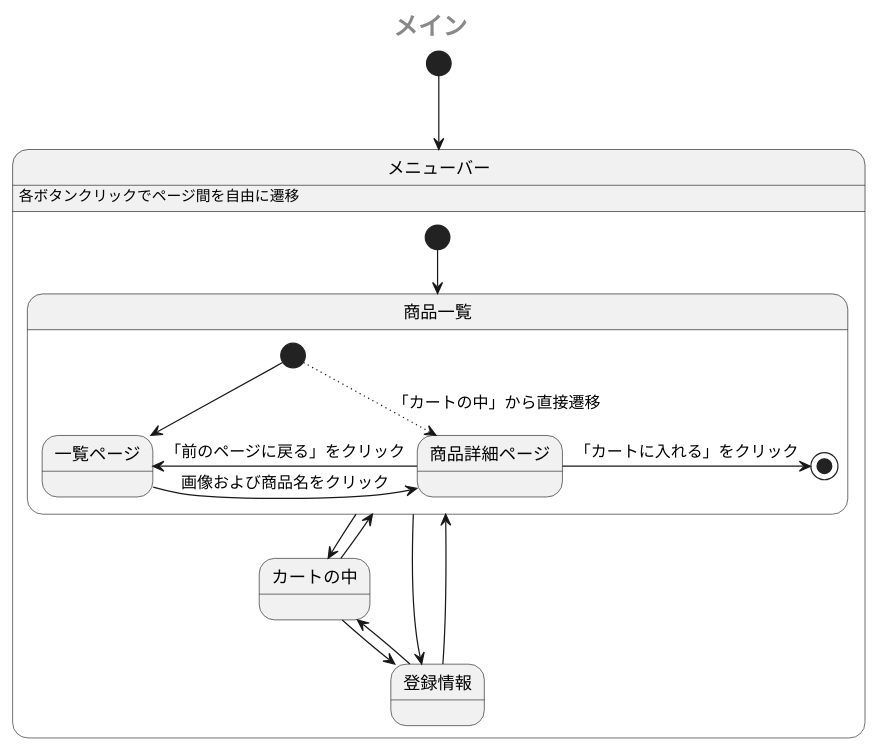
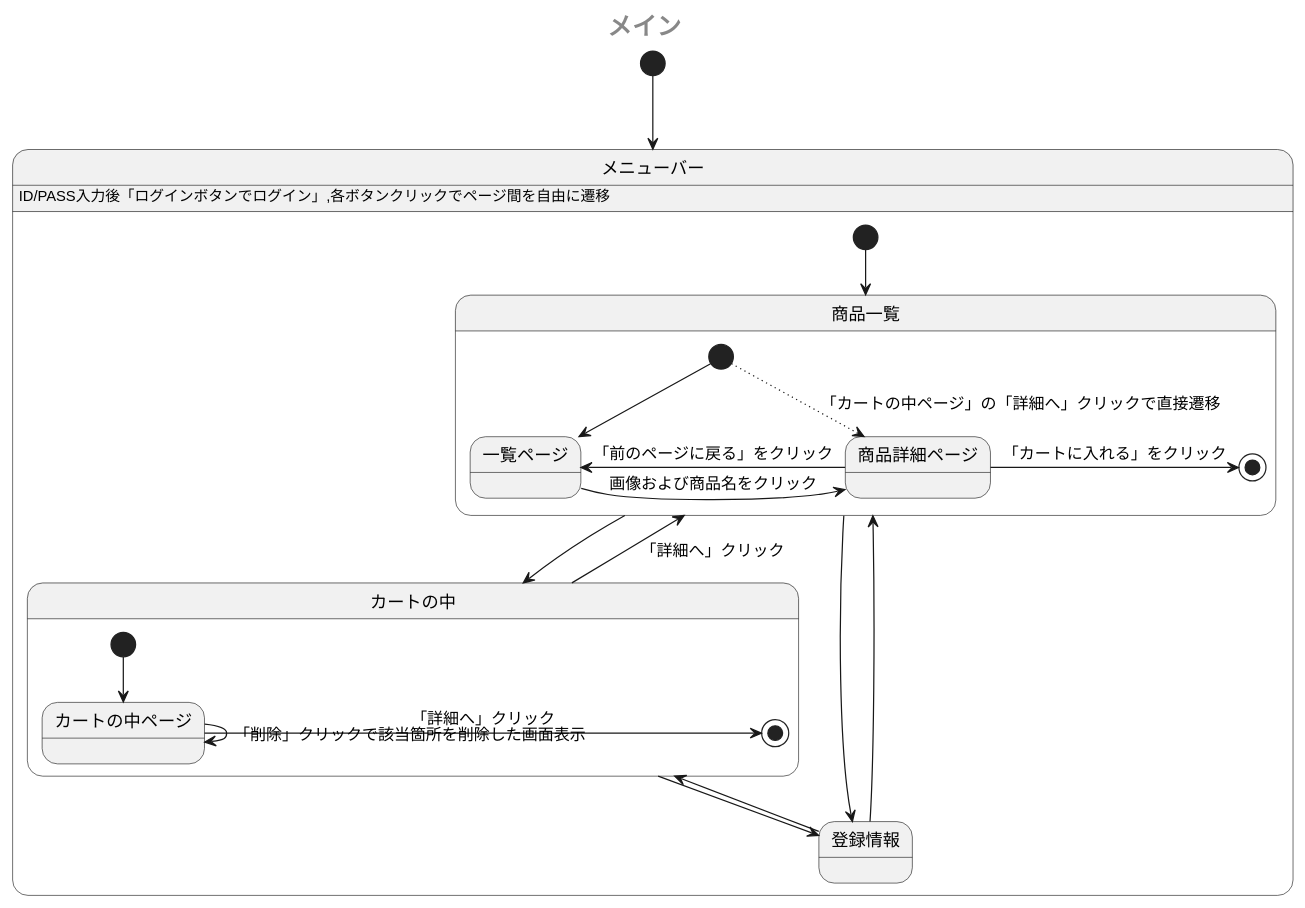
One commit to Aso2001385/2021sys-design changed the first of 2 diagrams in sample/StateMachine.md. Above: the diagram before and after it, drawn with PlantUML.

````diff
--- a/sample/StateMachine.md
+++ b/sample/StateMachine.md
@@ -1,29 +1,34 @@
 ```uml
 @startuml
  center header <size:20><b>メイン</b></size>
  [*] --> メニューバー
  state メニューバー {
-   メニューバー: 各ボタンクリックでページ間を自由に遷移
+   メニューバー: ID/PASS入力後「ログインボタンでログイン」,各ボタンクリックでページ間を自由に遷移
    [*] --> 商品一覧
    state 商品一覧 {
     [*] --> 一覧ページ
-    [*] -[dotted]-> 商品詳細ページ: 「カートの中」から直接遷移
+    [*] -[dotted]-> 商品詳細ページ: 「カートの中ページ」の「詳細へ」クリックで直接遷移
     一覧ページ -right-> 商品詳細ページ: 画像および商品名をクリック
     商品詳細ページ -left-> 一覧ページ: 「前のページに戻る」をクリック
     商品詳細ページ -right-> [*]: 「カートに入れる」をクリック
     
    }
    商品一覧 -down-> カートの中
-   カートの中 -up-> 商品一覧
+   state カートの中 {
+    [*] --> カートの中ページ
+    カートの中ページ -right-> [*]:「詳細へ」クリック
+    カートの中ページ --> カートの中ページ: 「削除」クリックで該当箇所を削除した画面表示
+   }
+   カートの中 -up-> 商品一覧:「詳細へ」クリック
    カートの中 -down-> 登録情報
    登録情報 -up-> カートの中
    商品一覧 -right-> 登録情報
    商品一覧 -[hidden]> 登録情報
    登録情報 -left-> 商品一覧
    登録情報 -[hidden]> 商品一覧
    
 
  }
  
 @enduml
 ```
````
